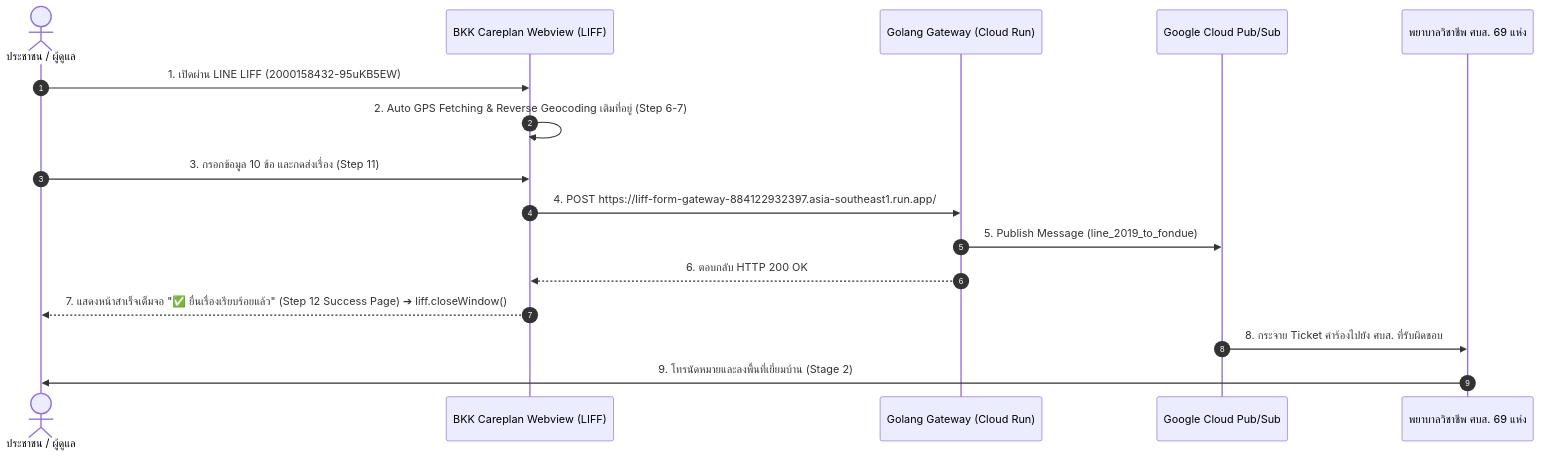
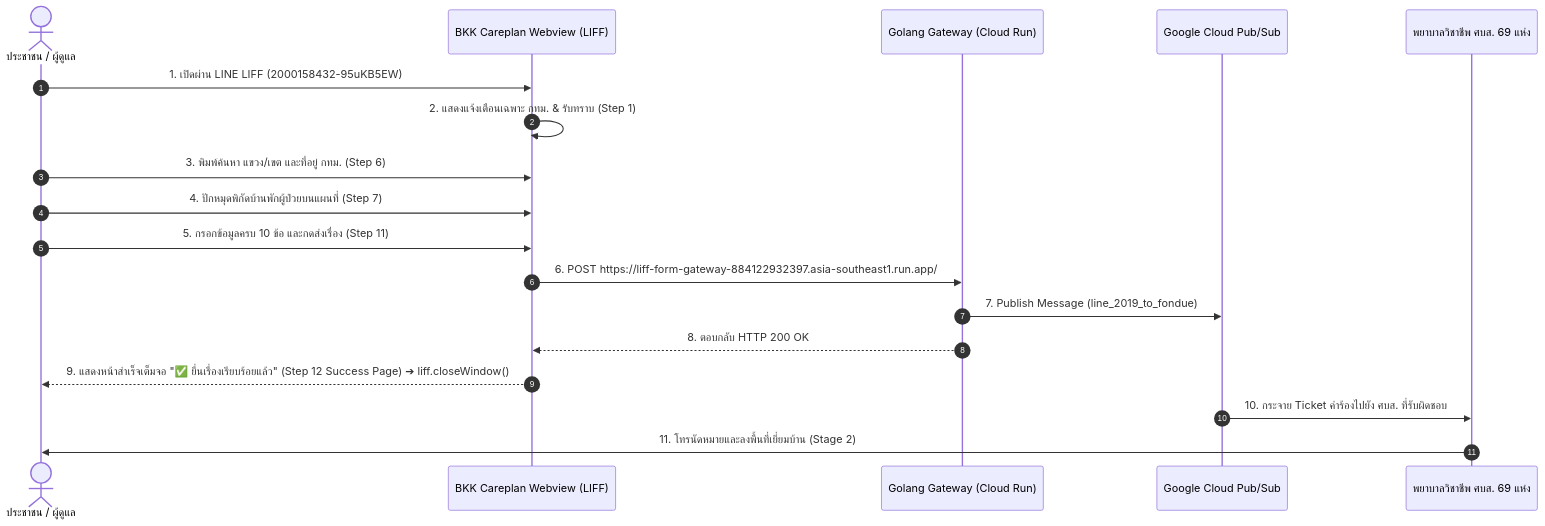
One commit to traffy-nectec/bkk-careplan changed the diagram in docs/context.md. Above: the diagram before and after it, drawn with Mermaid. The commit also changed 7 other files, not shown here.

Commit message:
feat(liff): optimize UX flow with BKK notice, reordered address/map steps, and clear patient home pin instructions

````diff
--- a/docs/context.md
+++ b/docs/context.md
@@ -12,19 +12,21 @@
 ```mermaid
 sequenceDiagram
     autonumber
     actor User as ประชาชน / ผู้ดูแล
     participant Webview as BKK Careplan Webview (LIFF)
     participant Gateway as Golang Gateway (Cloud Run)
     participant PubSub as Google Cloud Pub/Sub
     participant Staff as พยาบาลวิชาชีพ ศบส. 69 แห่ง
 
     User->>Webview: 1. เปิดผ่าน LINE LIFF (2000158432-95uKB5EW)
-    Webview->>Webview: 2. Auto GPS Fetching & Reverse Geocoding เติมที่อยู่ (Step 6-7)
-    User->>Webview: 3. กรอกข้อมูล 10 ข้อ และกดส่งเรื่อง (Step 11)
-    Webview->>Gateway: 4. POST https://liff-form-gateway-884122932397.asia-southeast1.run.app/
-    Gateway->>PubSub: 5. Publish Message (line_2019_to_fondue)
-    Gateway-->>Webview: 6. ตอบกลับ HTTP 200 OK
-    Webview-->>User: 7. แสดงหน้าสำเร็จเต็มจอ "✅ ยื่นเรื่องเรียบร้อยแล้ว" (Step 12 Success Page) ➔ liff.closeWindow()
-    PubSub->>Staff: 8. กระจาย Ticket คำร้องไปยัง ศบส. ที่รับผิดชอบ
-    Staff->>User: 9. โทรนัดหมายและลงพื้นที่เยี่ยมบ้าน (Stage 2)
+    Webview->>Webview: 2. แสดงแจ้งเตือนเฉพาะ กทม. & รับทราบ (Step 1)
+    User->>Webview: 3. พิมพ์ค้นหา แขวง/เขต และที่อยู่ กทม. (Step 6)
+    User->>Webview: 4. ปักหมุดพิกัดบ้านพักผู้ป่วยบนแผนที่ (Step 7)
+    User->>Webview: 5. กรอกข้อมูลครบ 10 ข้อ และกดส่งเรื่อง (Step 11)
+    Webview->>Gateway: 6. POST https://liff-form-gateway-884122932397.asia-southeast1.run.app/
+    Gateway->>PubSub: 7. Publish Message (line_2019_to_fondue)
+    Gateway-->>Webview: 8. ตอบกลับ HTTP 200 OK
+    Webview-->>User: 9. แสดงหน้าสำเร็จเต็มจอ "✅ ยื่นเรื่องเรียบร้อยแล้ว" (Step 12 Success Page) ➔ liff.closeWindow()
+    PubSub->>Staff: 10. กระจาย Ticket คำร้องไปยัง ศบส. ที่รับผิดชอบ
+    Staff->>User: 11. โทรนัดหมายและลงพื้นที่เยี่ยมบ้าน (Stage 2)
 ```
````
